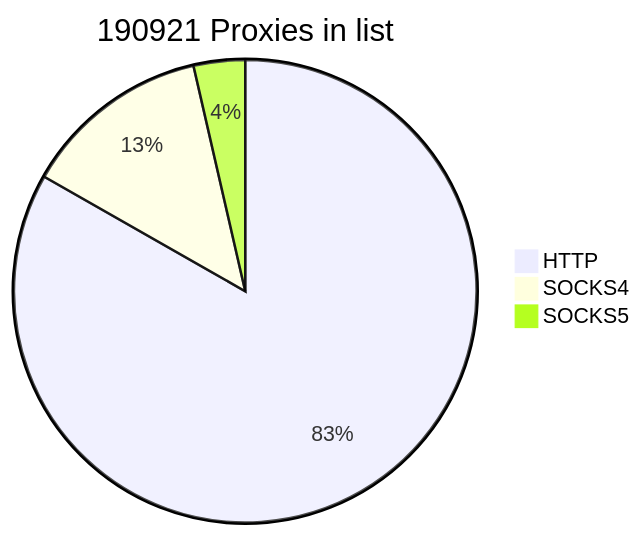
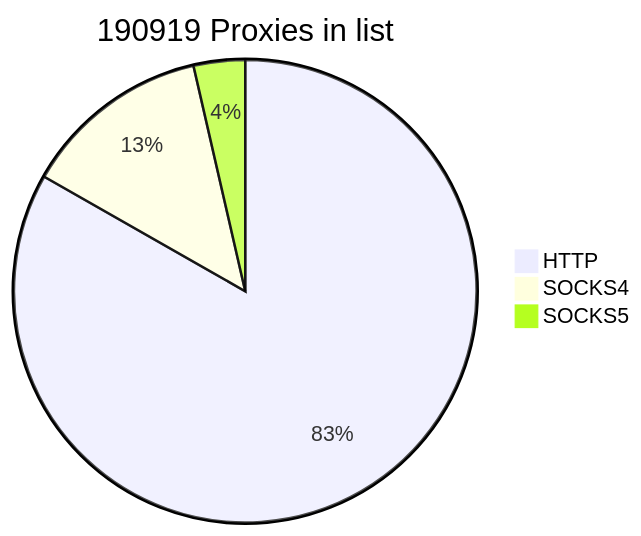
One commit to cutipu/proxylist changed the first of 2 diagrams in README.md. Above: the diagram before and after it, drawn with Mermaid. The commit also changed other lines of this file, not shown here.

````diff
--- a/README.md
+++ b/README.md
@@ -2,7 +2,7 @@
 ```mermaid
-pie title 190921 Proxies in list
+pie title 190919 Proxies in list
     "HTTP" : 158928
-    "SOCKS4" : 25132
+    "SOCKS4" : 25130
     "SOCKS5" : 6861
             
 ```
````
